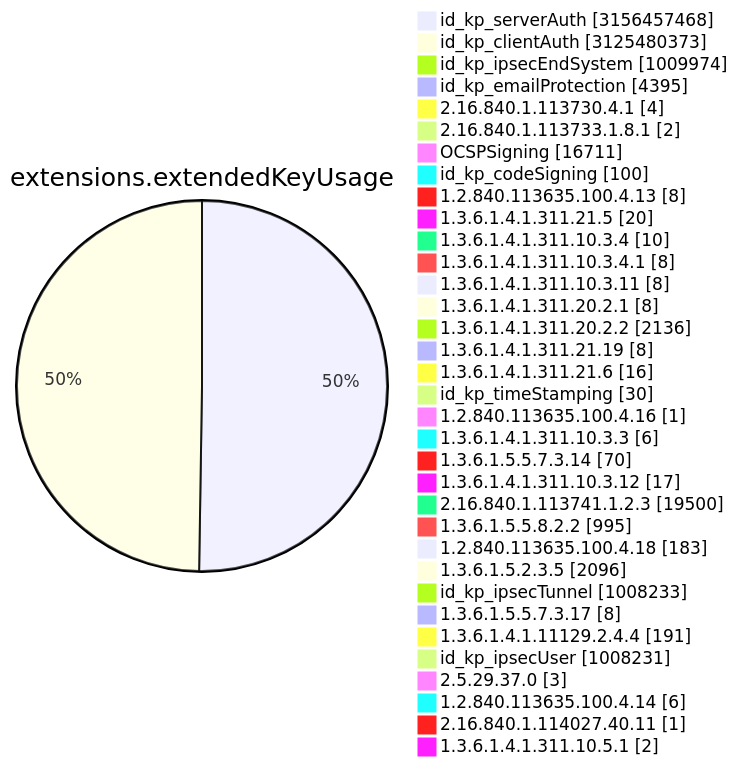
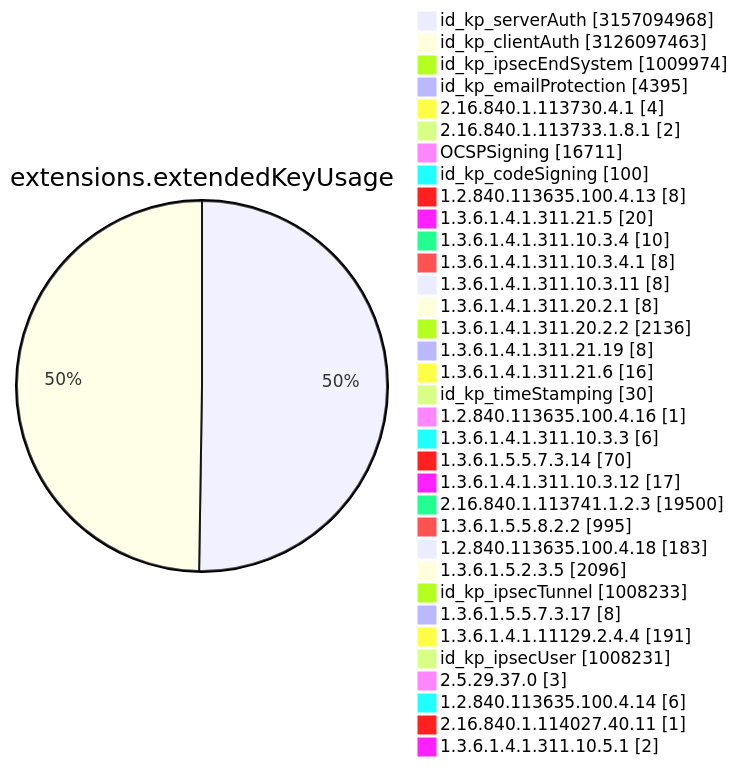
Before and after one commit to christiankrug/ctmonitor_visualization: diagram 11 of 15 in TOTAL/README.md, drawn with Mermaid. The commit also changed other lines of this file, not shown here.

````diff
--- a/TOTAL/README.md
+++ b/TOTAL/README.md
@@ -4119,38 +4119,38 @@
 ```mermaid
 pie showData
 title extensions.extendedKeyUsage
-"id_kp_serverAuth" :3156457468
-"id_kp_clientAuth" :3125480373
+"id_kp_serverAuth" :3157094968
+"id_kp_clientAuth" :3126097463
 "id_kp_ipsecEndSystem" :1009974
 "id_kp_emailProtection" :4395
 "2.16.840.1.113730.4.1" :4
 "2.16.840.1.113733.1.8.1" :2
 "OCSPSigning" :16711
 "id_kp_codeSigning" :100
 "1.2.840.113635.100.4.13" :8
 "1.3.6.1.4.1.311.21.5" :20
 "1.3.6.1.4.1.311.10.3.4" :10
 "1.3.6.1.4.1.311.10.3.4.1" :8
 "1.3.6.1.4.1.311.10.3.11" :8
 "1.3.6.1.4.1.311.20.2.1" :8
 "1.3.6.1.4.1.311.20.2.2" :2136
 "1.3.6.1.4.1.311.21.19" :8
 "1.3.6.1.4.1.311.21.6" :16
 "id_kp_timeStamping" :30
 "1.2.840.113635.100.4.16" :1
 "1.3.6.1.4.1.311.10.3.3" :6
 "1.3.6.1.5.5.7.3.14" :70
 "1.3.6.1.4.1.311.10.3.12" :17
 "2.16.840.1.113741.1.2.3" :19500
 "1.3.6.1.5.5.8.2.2" :995
 "1.2.840.113635.100.4.18" :183
 "1.3.6.1.5.2.3.5" :2096
 "id_kp_ipsecTunnel" :1008233
 "1.3.6.1.5.5.7.3.17" :8
 "1.3.6.1.4.1.11129.2.4.4" :191
 "id_kp_ipsecUser" :1008231
 "2.5.29.37.0" :3
 "1.2.840.113635.100.4.14" :6
 "2.16.840.1.114027.40.11" :1
 "1.3.6.1.4.1.311.10.5.1" :2
 ```
````
